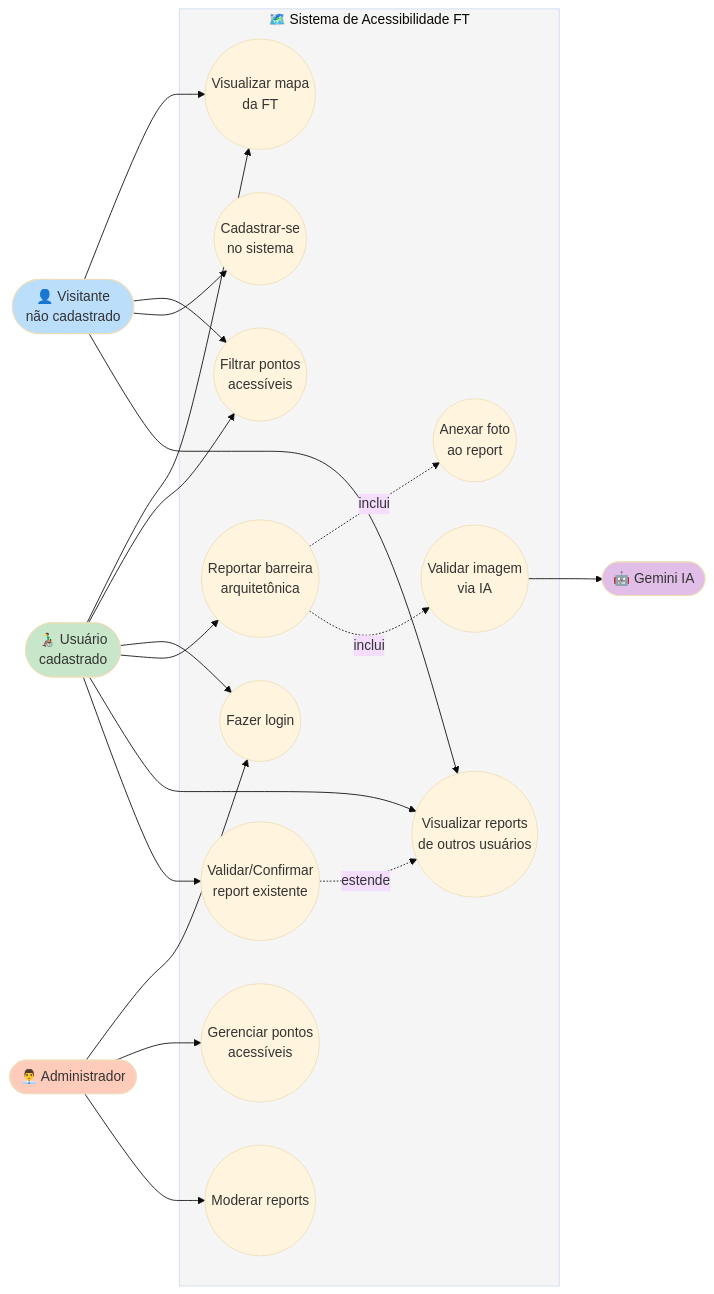
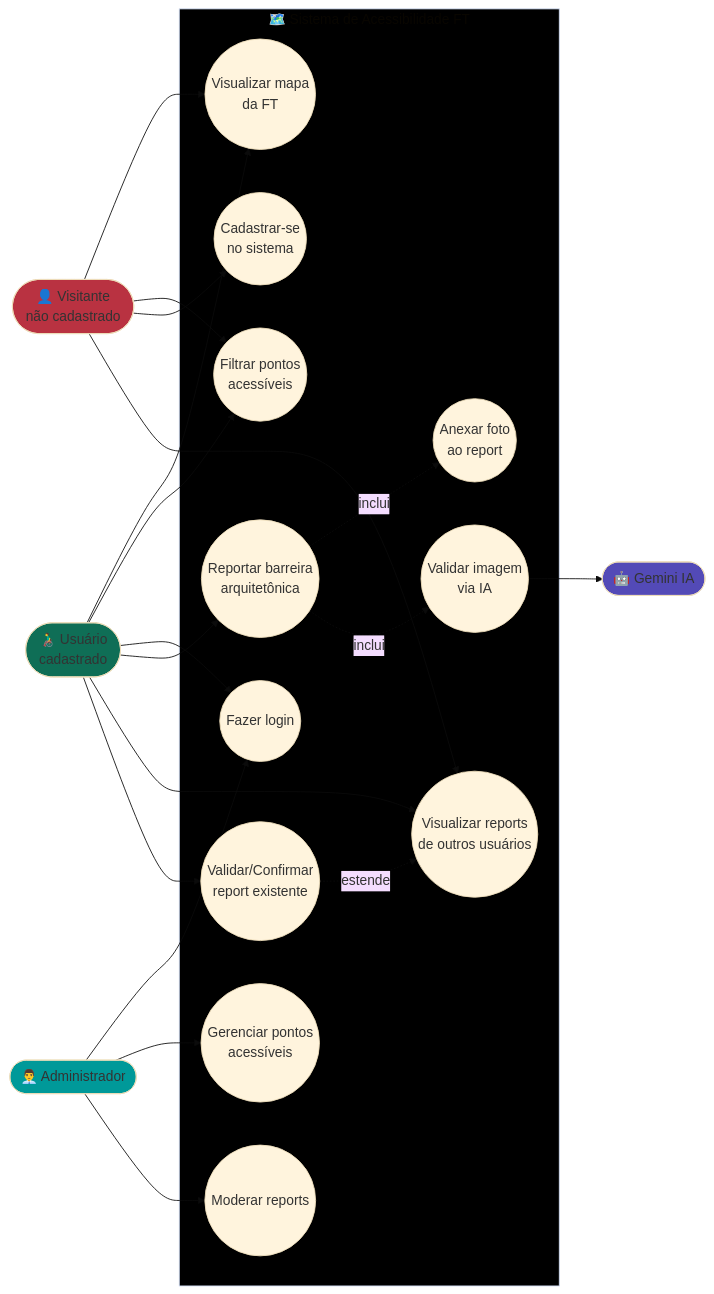
One commit to oficialvzi/cadei-rotas changed the diagram in docs/02-diagrama-casos-de-uso.md. Above: the diagram before and after it, drawn with Mermaid (base theme).

Commit message:
mudar cores do diagrama

````diff
--- a/docs/02-diagrama-casos-de-uso.md
+++ b/docs/02-diagrama-casos-de-uso.md
@@ -7,49 +7,49 @@
 ```mermaid
 flowchart LR
     subgraph Sistema["🗺️ Sistema de Acessibilidade FT"]
         UC1((Visualizar mapa<br/>da FT))
         UC2((Filtrar pontos<br/>acessíveis))
         UC3((Cadastrar-se<br/>no sistema))
         UC4((Fazer login))
         UC5((Reportar barreira<br/>arquitetônica))
         UC6((Anexar foto<br/>ao report))
         UC7((Visualizar reports<br/>de outros usuários))
         UC8((Validar/Confirmar<br/>report existente))
         UC9((Gerenciar pontos<br/>acessíveis))
         UC10((Moderar reports))
         UC11((Validar imagem<br/>via IA))
         
         UC5 -.->|inclui| UC6
         UC5 -.->|inclui| UC11
         UC8 -.->|estende| UC7
     end
 
     Visitante([👤 Visitante<br/>não cadastrado])
     Usuario([👨‍🦽 Usuário<br/>cadastrado])
     Admin([👨‍💼 Administrador])
     Gemini([🤖 Gemini IA])
 
     Visitante --> UC1
     Visitante --> UC2
     Visitante --> UC3
     Visitante --> UC7
 
     Usuario --> UC1
     Usuario --> UC2
     Usuario --> UC4
     Usuario --> UC5
     Usuario --> UC7
     Usuario --> UC8
 
     Admin --> UC4
     Admin --> UC9
     Admin --> UC10
 
     UC11 --> Gemini
 
-    style Sistema fill:#f5f5f5
-    style Visitante fill:#bbdefb
-    style Usuario fill:#c8e6c9
-    style Admin fill:#ffccbc
-    style Gemini fill:#e1bee7
+    style Sistema fill:#000000
+    style Visitante fill:#b93241
+    style Usuario fill:#0F6E56
+    style Admin fill:#009999
+    style Gemini fill:#534AB7
 ```
````
